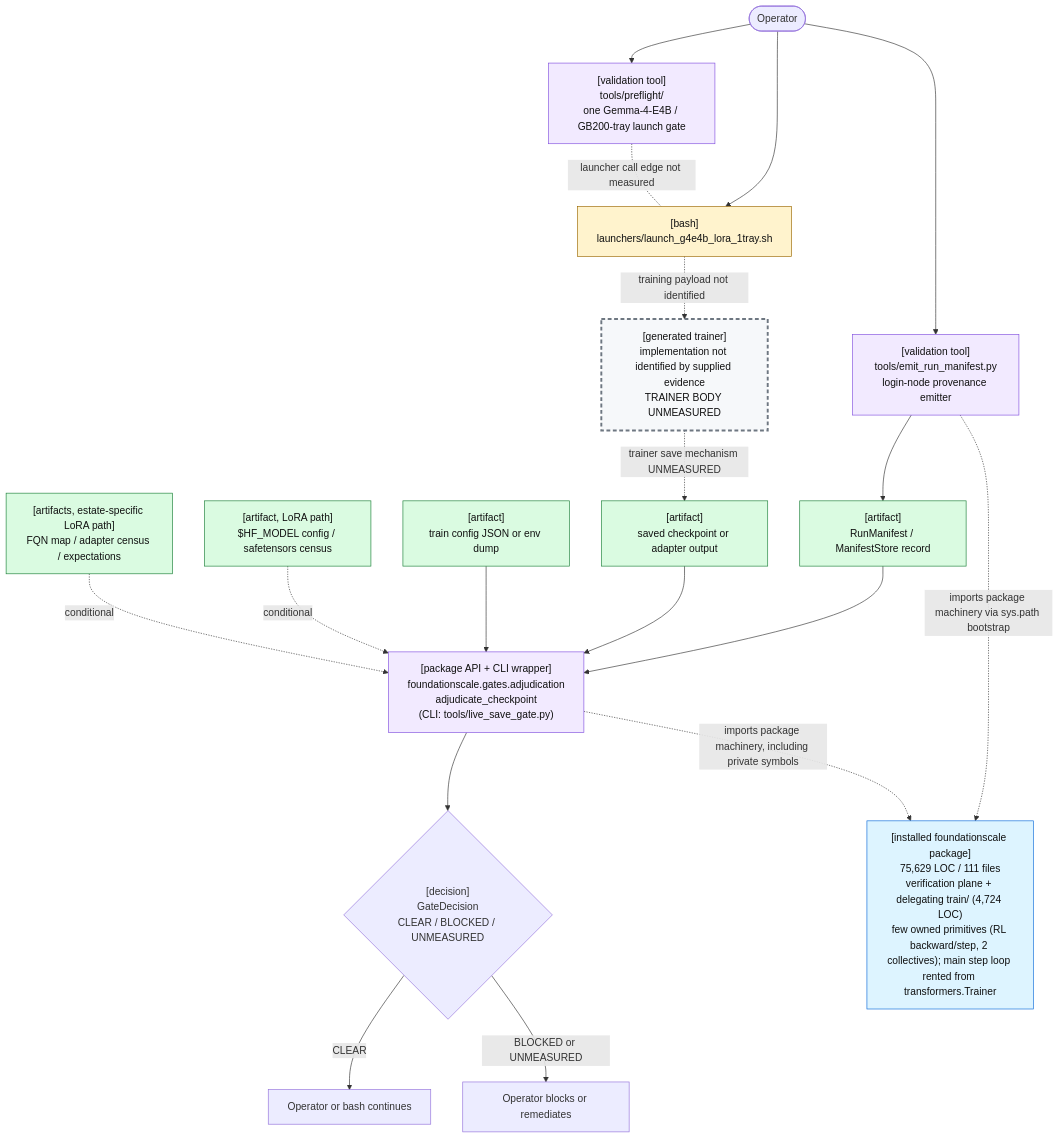
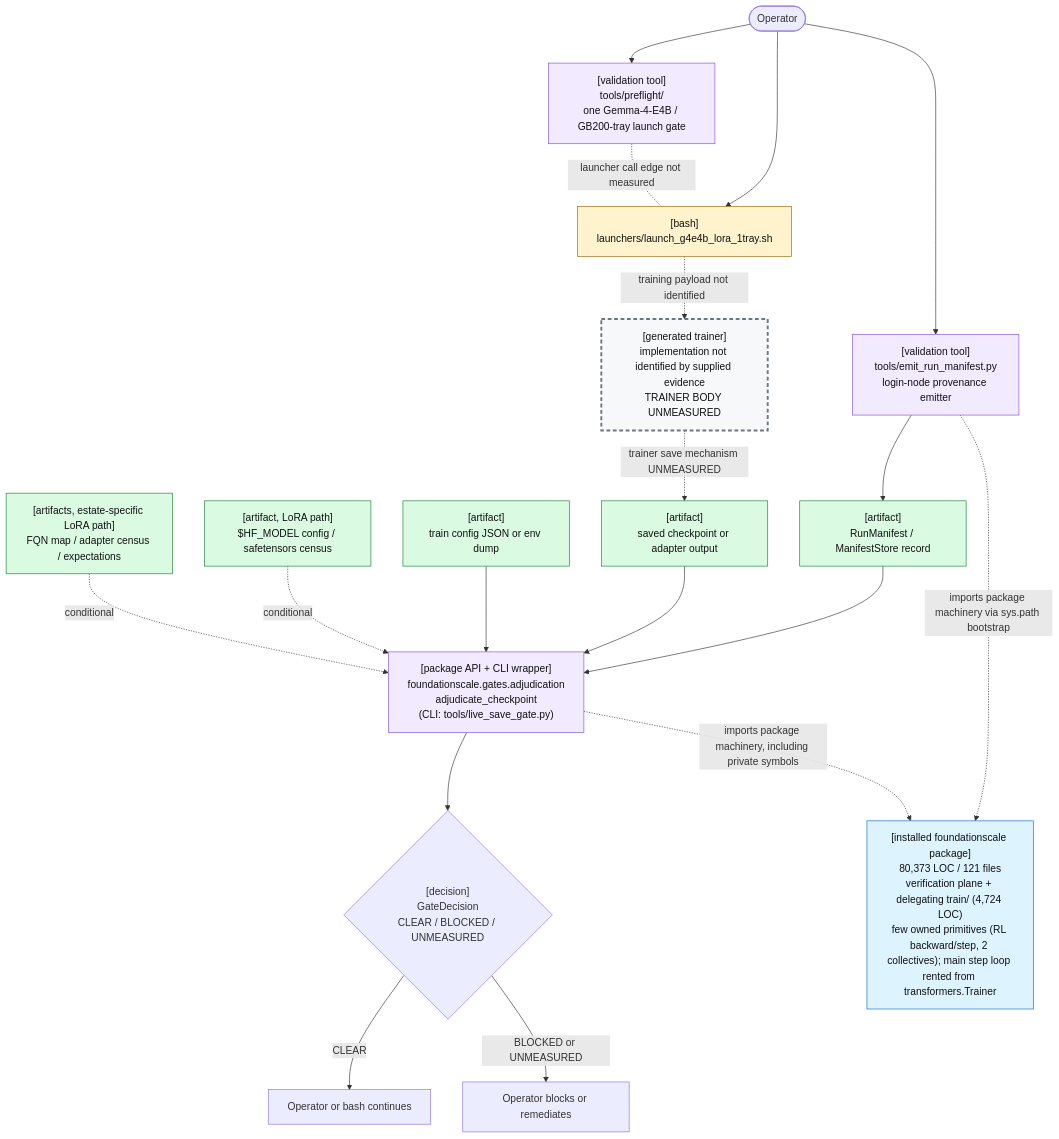
One commit to TranNhiem/FoundationScale changed the first of 2 diagrams in docs/review/D2_current_architecture.md. Above: the diagram before and after it, drawn with Mermaid. The commit also changed other lines of this file and 10 other files, not shown here.

````diff
--- a/docs/review/D2_current_architecture.md
+++ b/docs/review/D2_current_architecture.md
@@ -25,59 +25,59 @@
 ```mermaid
 flowchart TB
   O(["Operator"])
 
   PF["[validation tool]<br/>tools/preflight/<br/>one Gemma-4-E4B / GB200-tray launch gate"]
   L["[bash]<br/>launchers/launch_g4e4b_lora_1tray.sh"]
 
   E["[validation tool]<br/>tools/emit_run_manifest.py<br/>login-node provenance emitter"]
   M["[artifact]<br/>RunManifest / ManifestStore record"]
 
   T["[generated trainer]<br/>implementation not identified by supplied evidence<br/>TRAINER BODY UNMEASURED"]
   C["[artifact]<br/>saved checkpoint or adapter output"]
 
   G["[package API + CLI wrapper]<br/>foundationscale.gates.adjudication<br/>adjudicate_checkpoint<br/>(CLI: tools/live_save_gate.py)"]
   CFG["[artifact]<br/>train config JSON or env dump"]
   BASE["[artifact, LoRA path]<br/>$HF_MODEL config / safetensors census"]
   CEN["[artifacts, estate-specific LoRA path]<br/>FQN map / adapter census / expectations"]
 
   D{"[decision]<br/>GateDecision<br/>CLEAR / BLOCKED / UNMEASURED"}
   OK["Operator or bash continues"]
   NO["Operator blocks or remediates"]
 
-  PKG["[installed foundationscale package]<br/>75,629 LOC / 111 files<br/>verification plane + delegating train/ (4,724 LOC)<br/>few owned primitives (RL backward/step, 2 collectives); main step loop rented from transformers.Trainer"]
+  PKG["[installed foundationscale package]<br/>80,373 LOC / 121 files<br/>verification plane + delegating train/ (4,724 LOC)<br/>few owned primitives (RL backward/step, 2 collectives); main step loop rented from transformers.Trainer"]
 
   O --> PF
   O --> L
   PF -. "launcher call edge not measured" .- L
 
   O --> E
   E --> M
 
   L -. "training payload not identified" .-> T
   T -. "trainer save mechanism UNMEASURED" .-> C
 
   M --> G
   C --> G
   CFG --> G
   BASE -. "conditional" .-> G
   CEN -. "conditional" .-> G
 
   E -. "imports package machinery via sys.path bootstrap" .-> PKG
   G -. "imports package machinery, including private symbols" .-> PKG
 
   G --> D
   D -->|"CLEAR"| OK
   D -->|"BLOCKED or UNMEASURED"| NO
 
   classDef bash fill:#fff3cd,stroke:#9a6700,color:#111;
   classDef tool fill:#f2eaff,stroke:#8250df,color:#111;
   classDef artifact fill:#dafbe1,stroke:#1a7f37,color:#111;
   classDef gap fill:#f6f8fa,stroke:#6e7781,stroke-width:3px,stroke-dasharray: 6 4,color:#111;
   classDef pkg fill:#ddf4ff,stroke:#0969da,color:#111;
 
   class L bash;
   class PF,E,G tool;
   class M,C,CFG,BASE,CEN artifact;
   class T gap;
   class PKG pkg;
 ```
````
